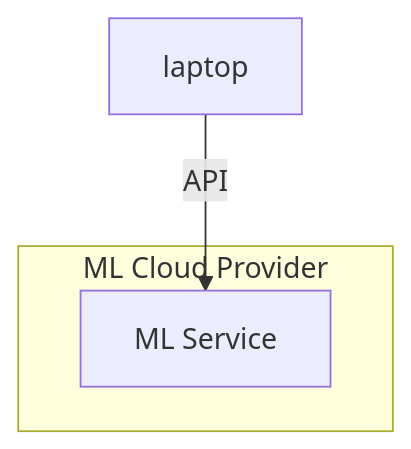
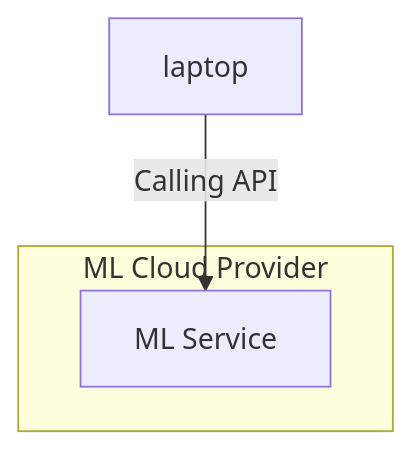
One commit to shurick81/ai-labs changed the first of 3 diagrams in lab-contents/002_first_machine_learning_experiments/README.md. Above: the diagram before and after it, drawn with Mermaid.

Commit message:
Calling API

````diff
--- a/lab-contents/002_first_machine_learning_experiments/README.md
+++ b/lab-contents/002_first_machine_learning_experiments/README.md
@@ -13,7 +13,7 @@
 ```mermaid
 flowchart TB
   subgraph provider[ML Cloud Provider]
     service[ML Service]
   end
-  laptop-->|API|service
+  laptop-->|Calling API|service
 ```
````
